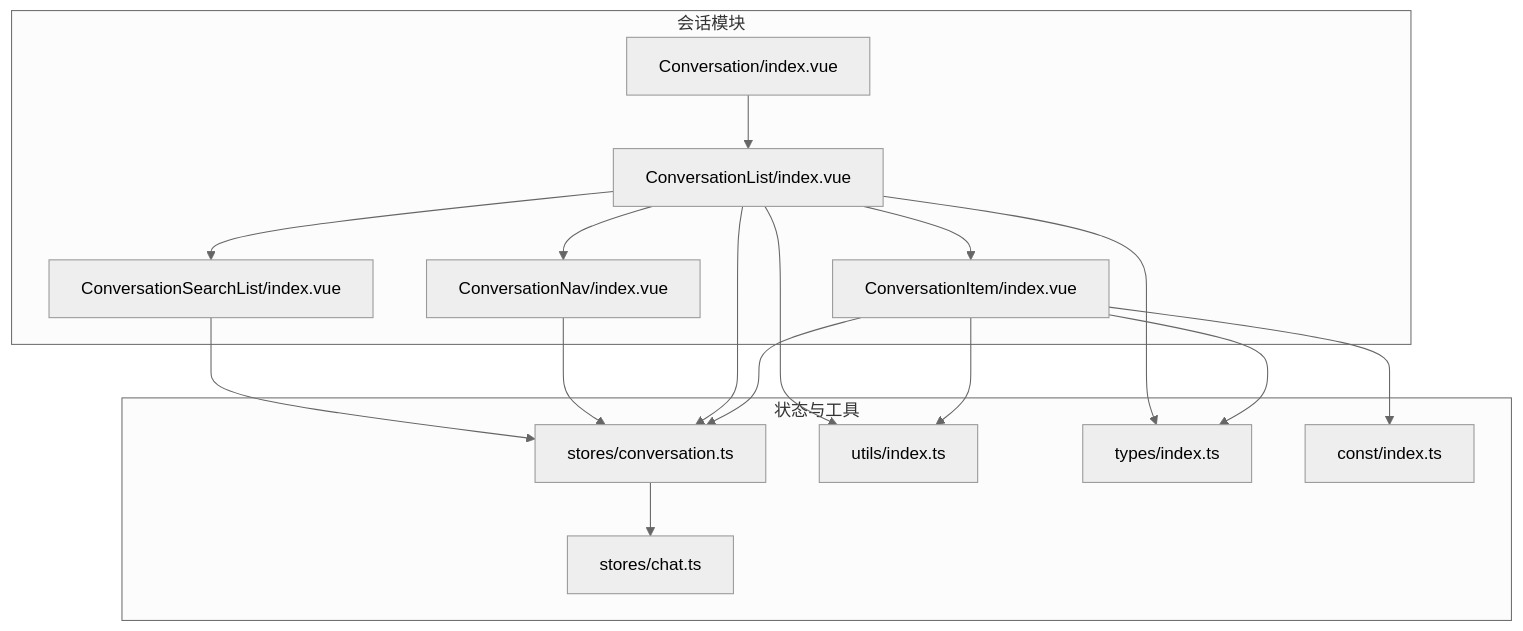
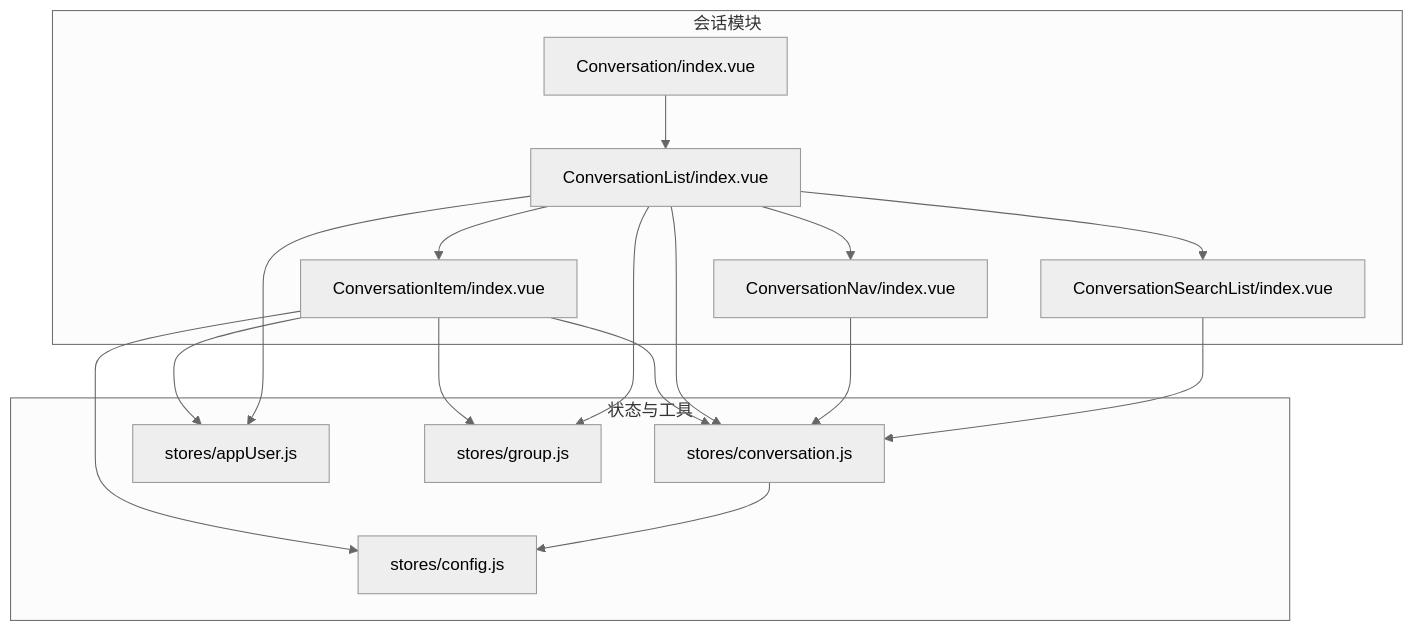
The first of 4 diagrams in .qoder/repowiki/zh/content/会话模块/会话模块.md (Easemob-Community/easemob-uikit-uniapp-community), drawn with Mermaid (neutral theme) before and after one commit. The commit also changed other lines of this file and 14 other files, not shown here.

````diff
--- a/.qoder/repowiki/zh/content/会话模块/会话模块.md
+++ b/.qoder/repowiki/zh/content/会话模块/会话模块.md
@@ -52,31 +49,30 @@
 ```mermaid
 graph TB
 subgraph "会话模块"
 A["Conversation/index.vue"]
 B["ConversationList/index.vue"]
 C["ConversationItem/index.vue"]
 D["ConversationNav/index.vue"]
 E["ConversationSearchList/index.vue"]
 end
 subgraph "状态与工具"
-S["stores/conversation.ts"]
-CH["stores/chat.ts"]
-U["utils/index.ts"]
-T["types/index.ts"]
-K["const/index.ts"]
+S["stores/conversation.js"]
+AU["stores/appUser.js"]
+G["stores/group.js"]
+CFG["stores/config.js"]
 end
 A --> B
 B --> C
 B --> D
 B --> E
 C --> S
 B --> S
 D --> S
 E --> S
-C --> U
-B --> U
-C --> T
-B --> T
-C --> K
-S --> CH
+C --> AU
+B --> AU
+C --> G
+B --> G
+C --> CFG
+S --> CFG
 ```
````
